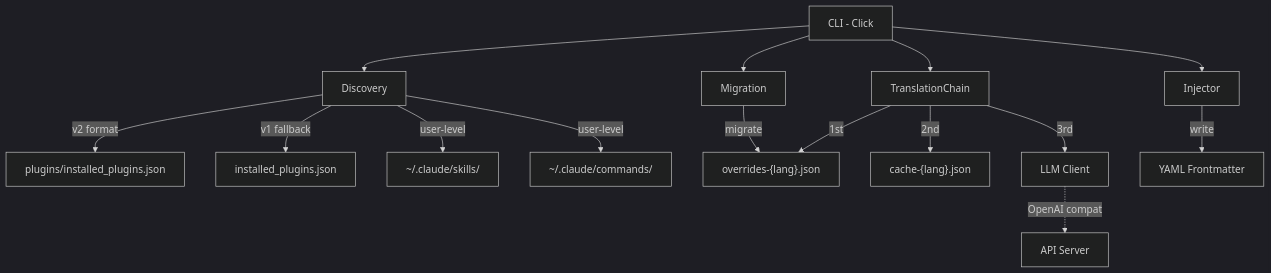
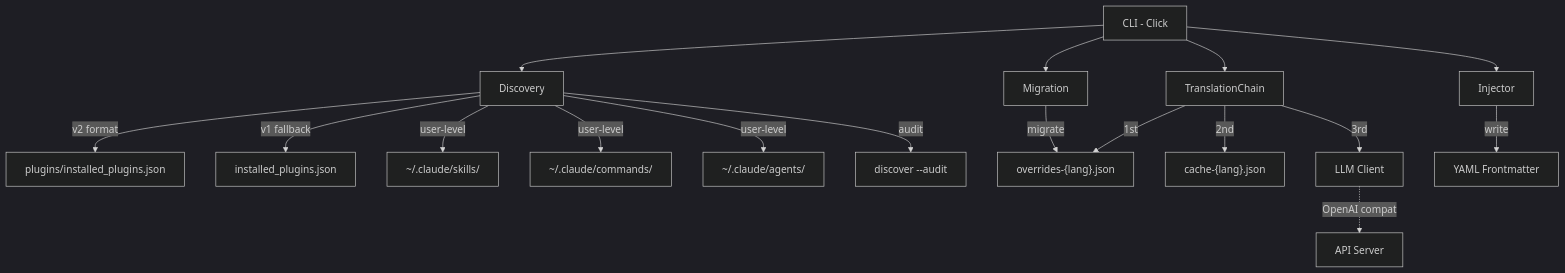
One commit to debug-zhuweijian/claude-translator changed the second of 2 diagrams in README.md. Above: the diagram before and after it, drawn with Mermaid (dark theme). The commit also changed other lines of this file and 11 other files, not shown here.

````diff
--- a/README.md
+++ b/README.md
@@ -407,21 +408,23 @@
 ```mermaid
 graph TB
     CLI[CLI - Click] --> DISC[Discovery]
     CLI --> TRANS[TranslationChain]
     CLI --> INJ[Injector]
     CLI --> MIGR[Migration]
 
     DISC --> |v2 format| V2["plugins/installed_plugins.json"]
     DISC --> |v1 fallback| V1["installed_plugins.json"]
     DISC --> |user-level| USER["~/.claude/skills/"]
     DISC --> |user-level| USERC["~/.claude/commands/"]
+    DISC --> |user-level| USERA["~/.claude/agents/"]
+    DISC --> |audit| AUDIT["discover --audit"]
 
     TRANS --> |1st| OV["overrides-{lang}.json"]
     TRANS --> |2nd| CACHE["cache-{lang}.json"]
     TRANS --> |3rd| LLM[LLM Client]
 
     INJ --> |write| FM[YAML Frontmatter]
     MIGR --> |migrate| OV
 
     LLM -.-> |OpenAI compat| API[API Server]
 ```
````
